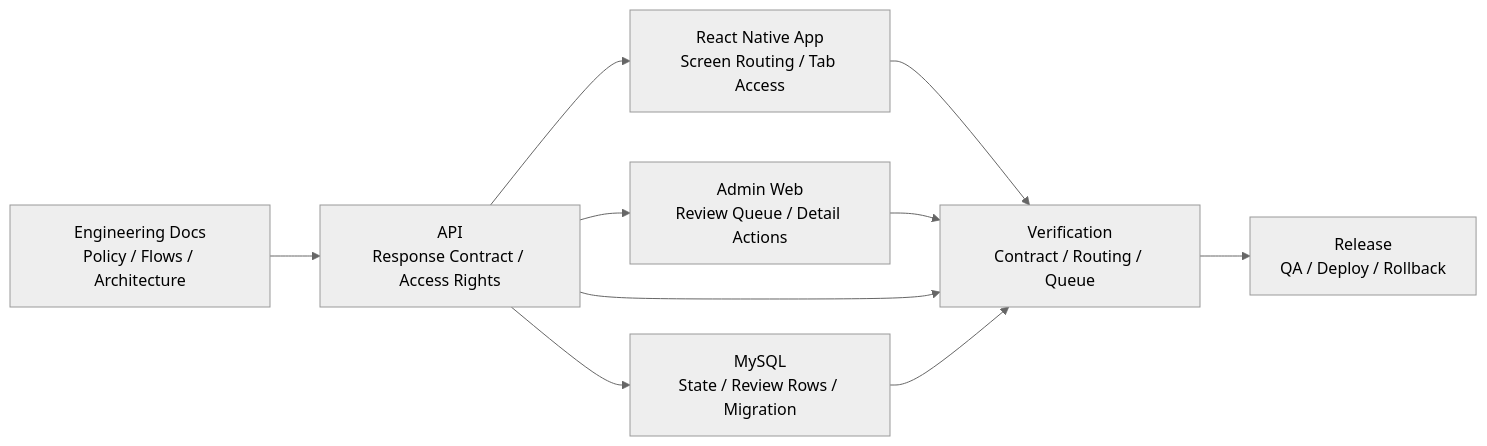
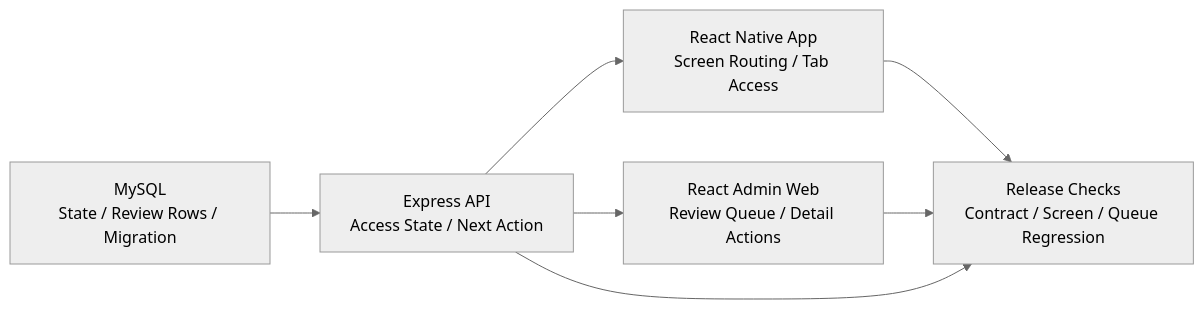
The second of 2 diagrams in docs/projects/coupler.en.md (zmrdltl/portfolio), drawn with Mermaid (neutral theme) before and after one commit. The commit also changed other lines of this file and 14 other files, not shown here.

````diff
--- a/docs/projects/coupler.en.md
+++ b/docs/projects/coupler.en.md
@@ -61,20 +41,15 @@
 ```mermaid
 flowchart LR
-  docs["Engineering Docs\nPolicy / Flows / Architecture"]
-  api["API\nResponse Contract / Access Rights"]
+  api["Express API\nAccess State / Next Action"]
   app["React Native App\nScreen Routing / Tab Access"]
-  admin["Admin Web\nReview Queue / Detail Actions"]
+  admin["React Admin Web\nReview Queue / Detail Actions"]
   db["MySQL\nState / Review Rows / Migration"]
-  tests["Verification\nContract / Routing / Queue"]
-  release["Release\nQA / Deploy / Rollback"]
+  checks["Release Checks\nContract / Screen / Queue Regression"]
 
-  docs --> api
+  db --> api
   api --> app
   api --> admin
-  api --> db
-  app --> tests
-  admin --> tests
-  api --> tests
-  db --> tests
-  tests --> release
+  app --> checks
+  admin --> checks
+  api --> checks
 ```
````
